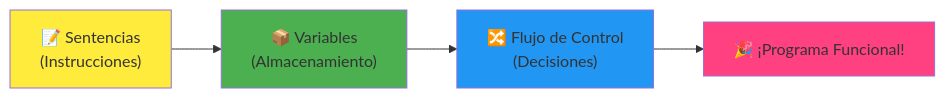
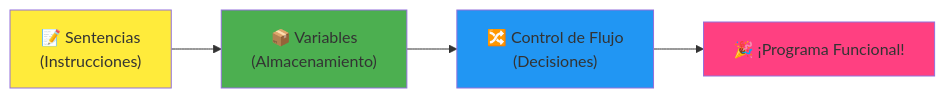
One commit to microsoft/Web-Dev-For-Beginners changed the fourth of 7 diagrams in translations/es/1-getting-started-lessons/1-intro-to-programming-languages/README.md. Above: the diagram before and after it, drawn with Mermaid. The commit also changed other lines of this file and 8 other files, not shown here.

````diff
--- a/translations/es/1-getting-started-lessons/1-intro-to-programming-languages/README.md
+++ b/translations/es/1-getting-started-lessons/1-intro-to-programming-languages/README.md
@@ -467,9 +467,9 @@
 ```mermaid
 flowchart LR
-    A["📝 Sentencias<br/>(Instrucciones)"] --> B["📦 Variables<br/>(Almacenamiento)"] --> C["🔀 Flujo de Control<br/>(Decisiones)"] --> D["🎉 ¡Programa Funcional!"]
+    A["📝 Sentencias<br/>(Instrucciones)"] --> B["📦 Variables<br/>(Almacenamiento)"] --> C["🔀 Control de Flujo<br/>(Decisiones)"] --> D["🎉 ¡Programa Funcional!"]
     
     style A fill:#ffeb3b
     style B fill:#4caf50
     style C fill:#2196f3
     style D fill:#ff4081
 ```
````
